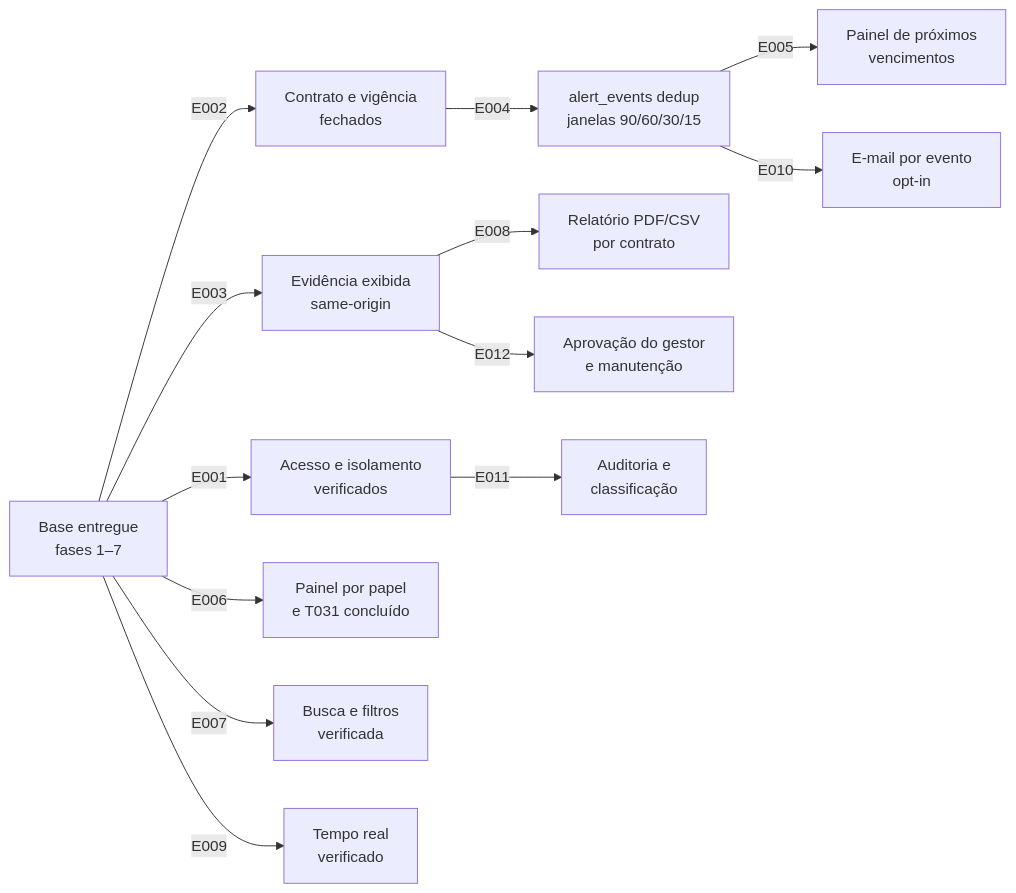
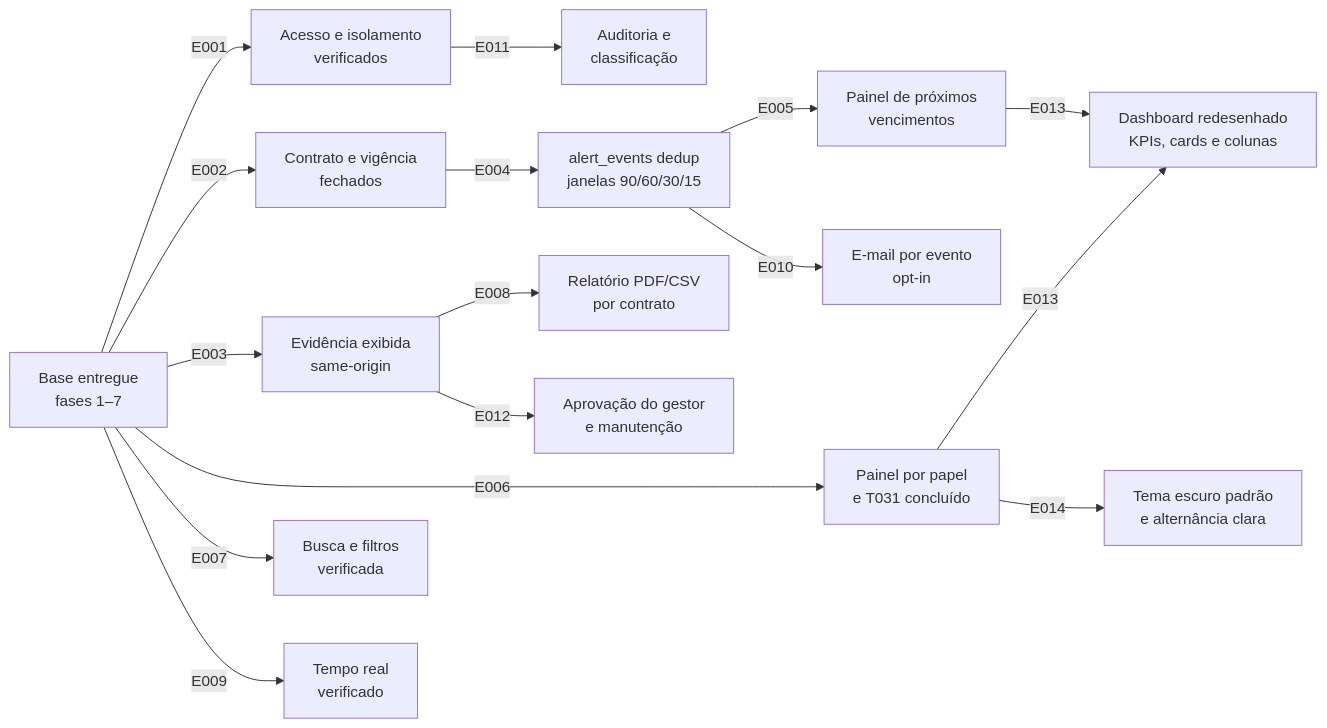
Before and after one commit to amarildolacerda/inhome: the diagram in specs/project-plan.md, drawn with Mermaid. The commit also changed other lines of this file and 19 other files, not shown here.

````diff
--- a/specs/project-plan.md
+++ b/specs/project-plan.md
@@ -62,15 +69,18 @@
 ```mermaid
 graph LR
   A["Base entregue<br>fases 1–7"] -->|"E001"| B["Acesso e isolamento<br>verificados"]
   A -->|"E002"| C["Contrato e vigência<br>fechados"]
   A -->|"E003"| D["Evidência exibida<br>same-origin"]
   A -->|"E006"| E["Painel por papel<br>e T031 concluído"]
   A -->|"E007"| F["Busca e filtros<br>verificada"]
   A -->|"E009"| G["Tempo real<br>verificado"]
   C -->|"E004"| H["alert_events dedup<br>janelas 90/60/30/15"]
   D -->|"E008"| I["Relatório PDF/CSV<br>por contrato"]
   H -->|"E005"| J["Painel de próximos<br>vencimentos"]
   H -->|"E010"| K["E-mail por evento<br>opt-in"]
   D -->|"E012"| L["Aprovação do gestor<br>e manutenção"]
   B -->|"E011"| M["Auditoria e<br>classificação"]
+  E -->|"E013"| N["Dashboard redesenhado<br>KPIs, cards e colunas"]
+  J -->|"E013"| N
+  E -->|"E014"| O["Tema escuro padrão<br>e alternância clara"]
 ```
````
